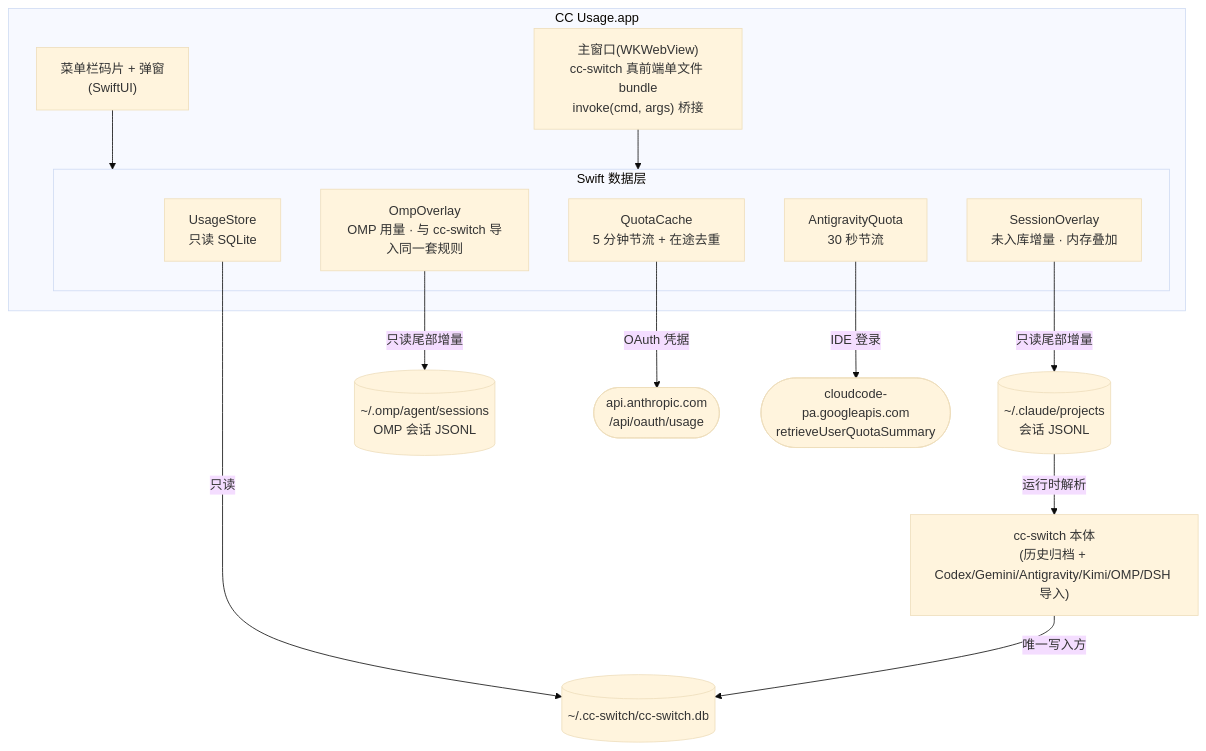
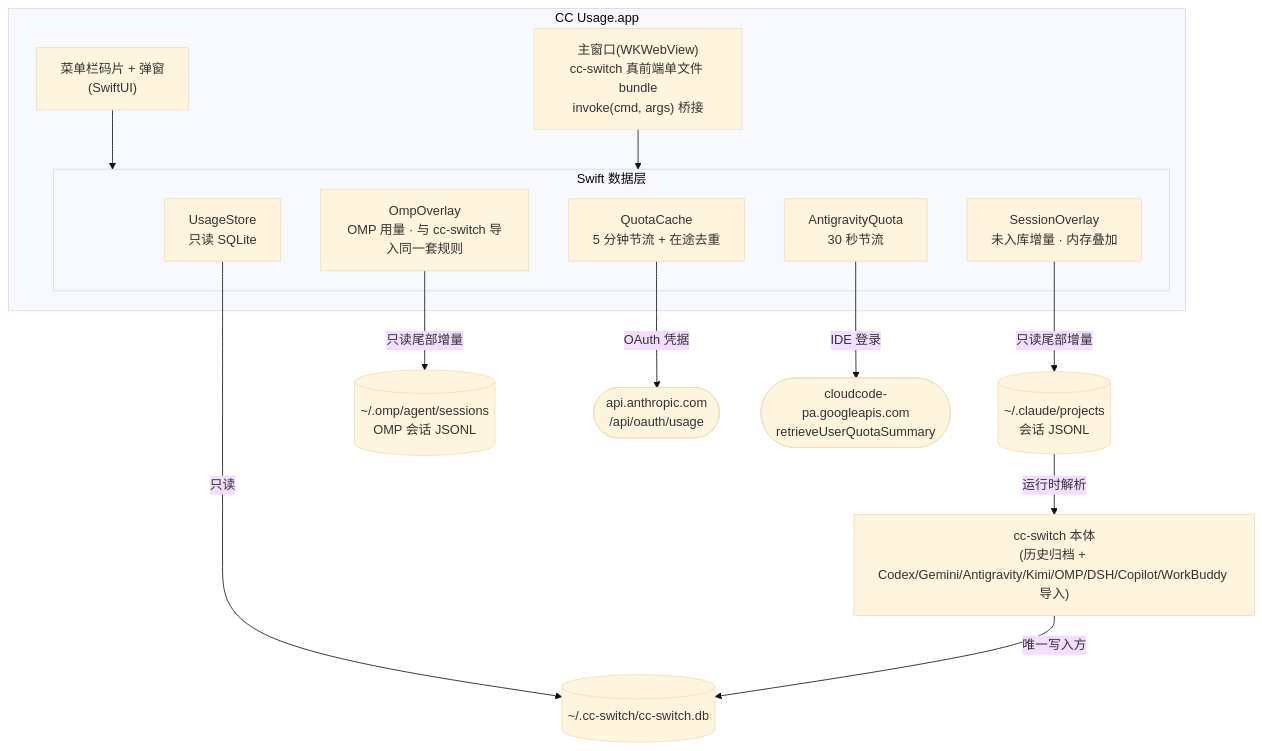
One commit to Eureka0w0v0/cc-usage changed the diagram in README.zh-CN.md. Above: the diagram before and after it, drawn with Mermaid (base theme). The commit also changed other lines of this file and 2 other files, not shown here.

````diff
--- a/README.zh-CN.md
+++ b/README.zh-CN.md
@@ -85,30 +85,30 @@
 ```mermaid
 flowchart TB
     subgraph app["CC Usage.app"]
         menubar["菜单栏码片 + 弹窗<br/>(SwiftUI)"]
         panel["主窗口(WKWebView)<br/>cc-switch 真前端单文件 bundle<br/>invoke(cmd, args) 桥接"]
         subgraph layer["Swift 数据层"]
             UsageStore["UsageStore<br/>只读 SQLite"]
             SessionOverlay["SessionOverlay<br/>未入库增量 · 内存叠加"]
             OmpOverlay["OmpOverlay<br/>OMP 用量 · 与 cc-switch 导入同一套规则"]
             AgyQuota["AntigravityQuota<br/>30 秒节流"]
             QuotaCache["QuotaCache<br/>5 分钟节流 + 在途去重"]
         end
         menubar --> layer
         panel --> layer
     end
     db[("~/.cc-switch/cc-switch.db")]
     jsonl[("~/.claude/projects<br/>会话 JSONL")]
     ompjsonl[("~/.omp/agent/sessions<br/>OMP 会话 JSONL")]
     api(["api.anthropic.com<br/>/api/oauth/usage"])
     google(["cloudcode-pa.googleapis.com<br/>retrieveUserQuotaSummary"])
-    ccswitch["cc-switch 本体<br/>(历史归档 + Codex/Gemini/Antigravity/Kimi/OMP/DSH 导入)"]
+    ccswitch["cc-switch 本体<br/>(历史归档 + Codex/Gemini/Antigravity/Kimi/OMP/DSH/Copilot/WorkBuddy 导入)"]
 
     UsageStore -->|"只读"| db
     SessionOverlay -->|"只读尾部增量"| jsonl
     OmpOverlay -->|"只读尾部增量"| ompjsonl
     QuotaCache -->|"OAuth 凭据"| api
     AgyQuota -->|"IDE 登录"| google
     jsonl -->|"运行时解析"| ccswitch
     ccswitch -->|"唯一写入方"| db
 ```
````
